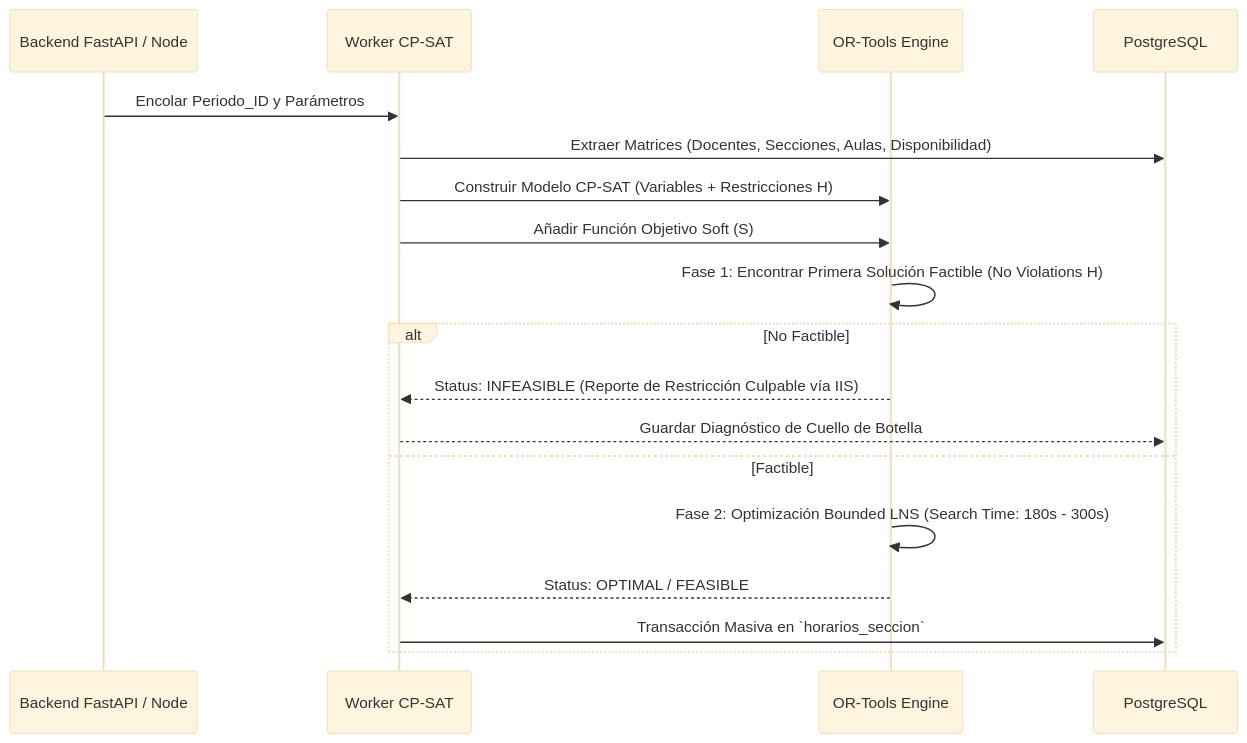
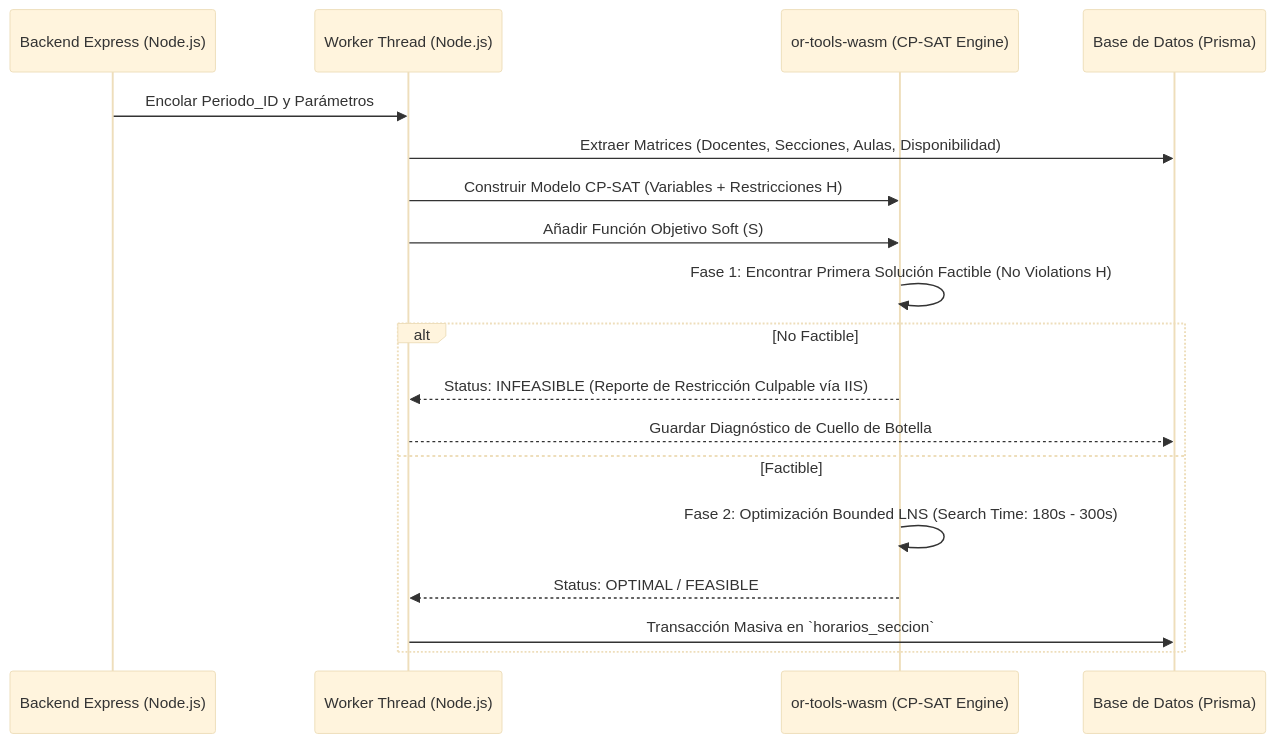
One commit to jeancarlos1111/schaah changed the diagram in specs/03-solver-formulation.md. Above: the diagram before and after it, drawn with Mermaid (base theme). The commit also changed 53 other files, not shown here.

````diff
--- a/specs/03-solver-formulation.md
+++ b/specs/03-solver-formulation.md
@@ -111,21 +111,21 @@
 ```mermaid
 sequenceDiagram
-    participant API as Backend FastAPI / Node
-    participant Worker as Worker CP-SAT
-    participant Solver as OR-Tools Engine
-    participant DB as PostgreSQL
+    participant API as Backend Express (Node.js)
+    participant Worker as Worker Thread (Node.js)
+    participant Solver as or-tools-wasm (CP-SAT Engine)
+    participant DB as Base de Datos (Prisma)
 
     API->>Worker: Encolar Periodo_ID y Parámetros
     Worker->>DB: Extraer Matrices (Docentes, Secciones, Aulas, Disponibilidad)
     Worker->>Solver: Construir Modelo CP-SAT (Variables + Restricciones H)
     Worker->>Solver: Añadir Función Objetivo Soft (S)
     Solver->>Solver: Fase 1: Encontrar Primera Solución Factible (No Violations H)
     alt No Factible
         Solver-->>Worker: Status: INFEASIBLE (Reporte de Restricción Culpable vía IIS)
         Worker-->>DB: Guardar Diagnóstico de Cuello de Botella
     else Factible
         Solver->>Solver: Fase 2: Optimización Bounded LNS (Search Time: 180s - 300s)
         Solver-->>Worker: Status: OPTIMAL / FEASIBLE
         Worker->>DB: Transacción Masiva en `horarios_seccion`
     end
 ```
````
